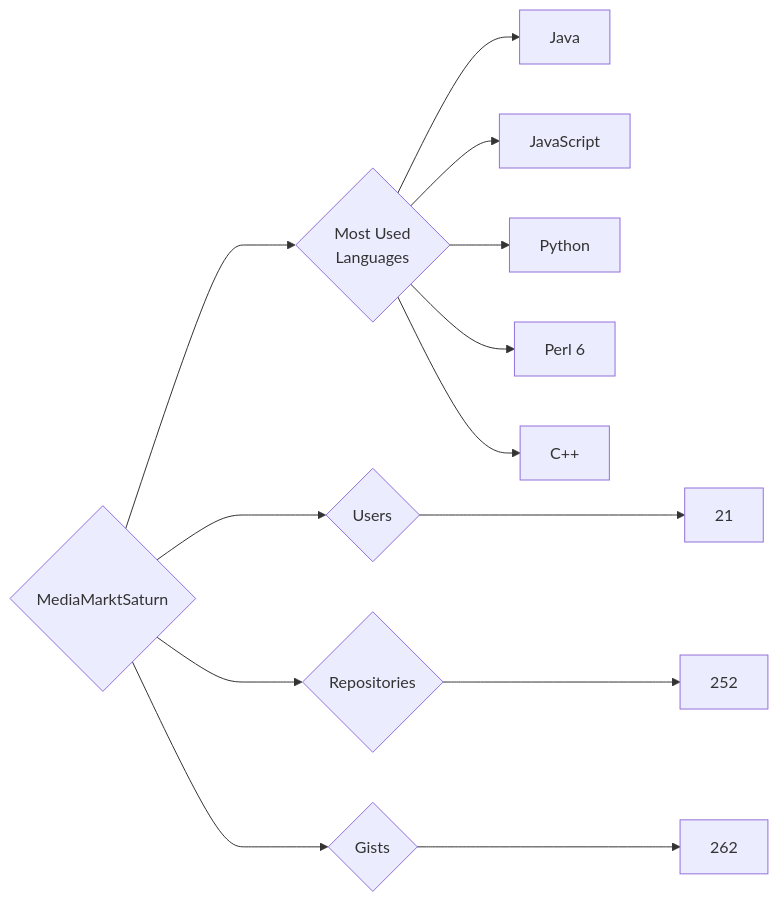
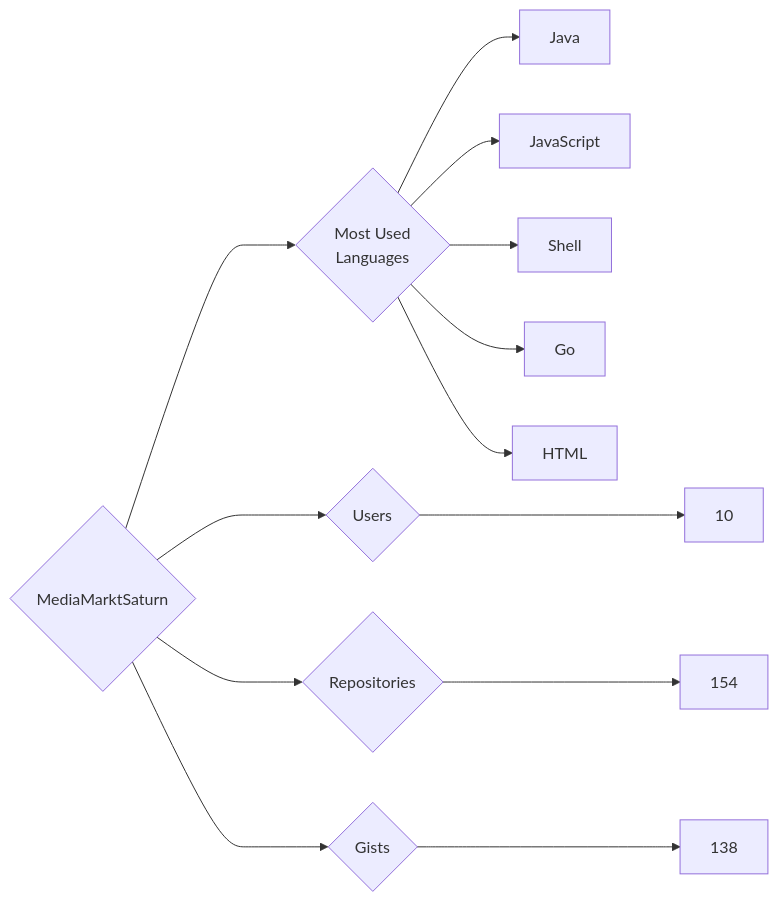
Before and after one commit to trickest/insiders: the diagram in targets/MediaMarktSaturn/README.md, drawn with Mermaid. The commit also changed 870 other files, not shown here.

````diff
--- a/targets/MediaMarktSaturn/README.md
+++ b/targets/MediaMarktSaturn/README.md
@@ -3,13 +3,13 @@
 ```mermaid
 graph LR
 COMPANY_NAME{MediaMarktSaturn}
-COMPANY_NAME ---> U{Users} ---> UN[21]
-COMPANY_NAME ---> R{Repositories} ---> RN[252]
-COMPANY_NAME ---> G{Gists} ---> GN[262]
+COMPANY_NAME ---> U{Users} ---> UN[10]
+COMPANY_NAME ---> R{Repositories} ---> RN[154]
+COMPANY_NAME ---> G{Gists} ---> GN[138]
 COMPANY_NAME ---> ML{Most Used<br>Languages}
 ML --> Java[Java]
 ML --> JavaScript[JavaScript]
-ML --> Python[Python]
-ML --> Perl_6[Perl 6]
-ML --> C++[C++]
+ML --> Shell[Shell]
+ML --> Go[Go]
+ML --> HTML[HTML]
 ```
````
